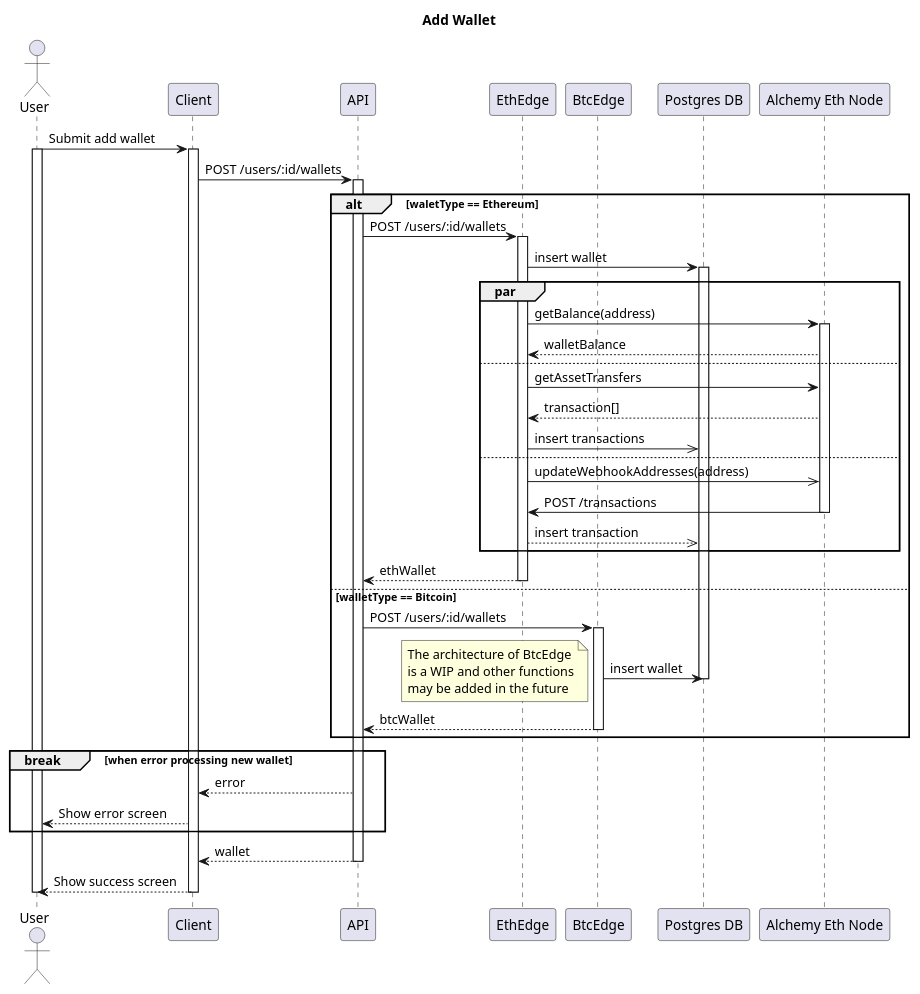
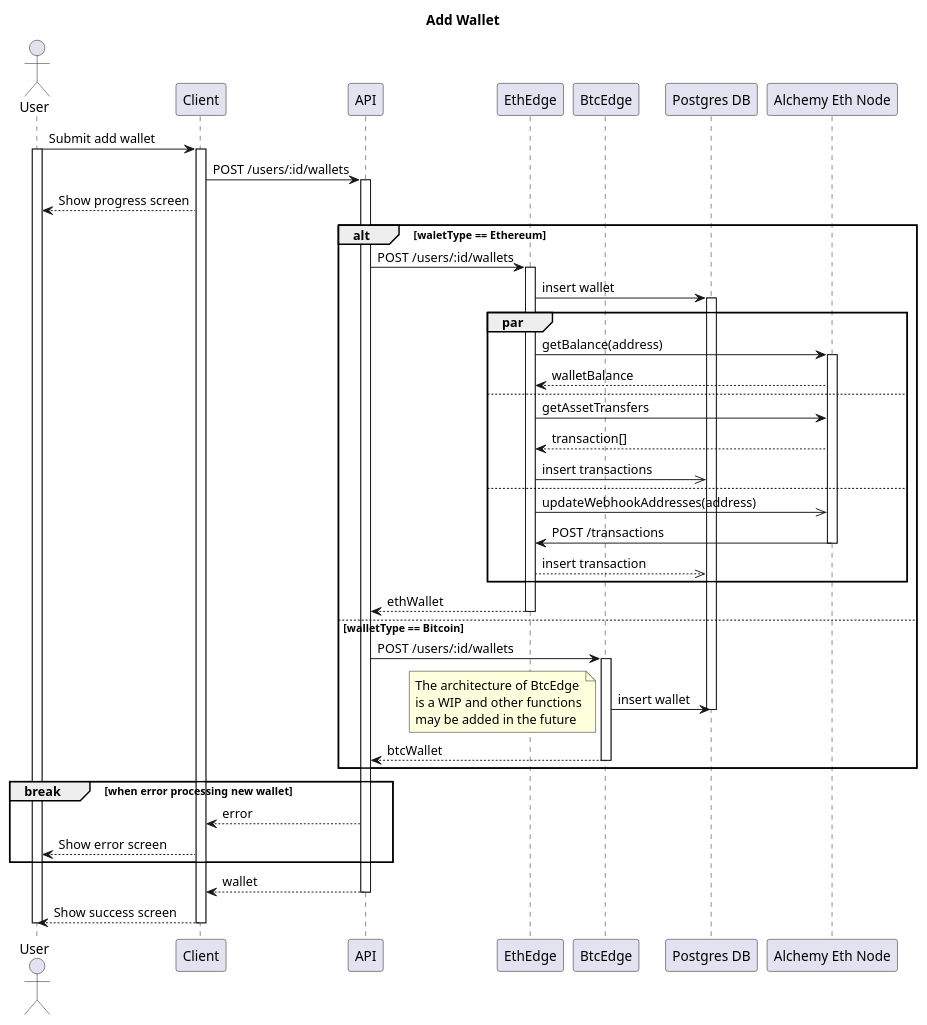
One commit to SOEN-490-Capstone/Cryptify changed the diagram in packages/diagrams/sequence_add_wallet.puml. Above: the diagram before and after it, drawn with PlantUML. The commit also changed 1 other file, not shown here.

Commit message:
Add progress screen to sd

```diff
--- a/packages/diagrams/sequence_add_wallet.puml
+++ b/packages/diagrams/sequence_add_wallet.puml
@@ -1,63 +1,64 @@
 @startuml
 
 title Add Wallet
 
 actor User
 participant Client
 participant API
 participant EthEdge
 participant BtcEdge
 participant "Postgres DB"
 participant "Alchemy Eth Node"
 
 User -> Client: Submit add wallet
 activate User
 activate Client
 Client -> API: POST /users/:id/wallets
 activate API
+Client --> User: Show progress screen
 alt waletType == Ethereum
     API -> EthEdge: POST /users/:id/wallets
     activate EthEdge
     EthEdge -> "Postgres DB": insert wallet
     activate "Postgres DB"
 
     par
         EthEdge -> "Alchemy Eth Node": getBalance(address)
         activate "Alchemy Eth Node"
         "Alchemy Eth Node" --> EthEdge: walletBalance
     else
         EthEdge -> "Alchemy Eth Node": getAssetTransfers
         "Alchemy Eth Node" --> EthEdge: transaction[]
         EthEdge ->> "Postgres DB": insert transactions
     else
         EthEdge ->> "Alchemy Eth Node": updateWebhookAddresses(address)
         "Alchemy Eth Node" -> EthEdge: POST /transactions
         deactivate "Alchemy Eth Node"
         EthEdge -->> "Postgres DB": insert transaction
     end
 
     EthEdge --> API: ethWallet
     deactivate EthEdge
 else walletType == Bitcoin
     API -> BtcEdge: POST /users/:id/wallets
     activate BtcEdge
     BtcEdge -> "Postgres DB": insert wallet
     deactivate "Postgres DB"
     note left: The architecture of BtcEdge\nis a WIP and other functions\nmay be added in the future
 
     BtcEdge --> API: btcWallet
     deactivate BtcEdge
 end
 
 break when error processing new wallet
     API --> Client: error
     Client --> User: Show error screen
 end
 
 API --> Client: wallet
 deactivate API
 Client --> User: Show success screen
 deactivate Client
 deactivate User
 
 @enduml
```
